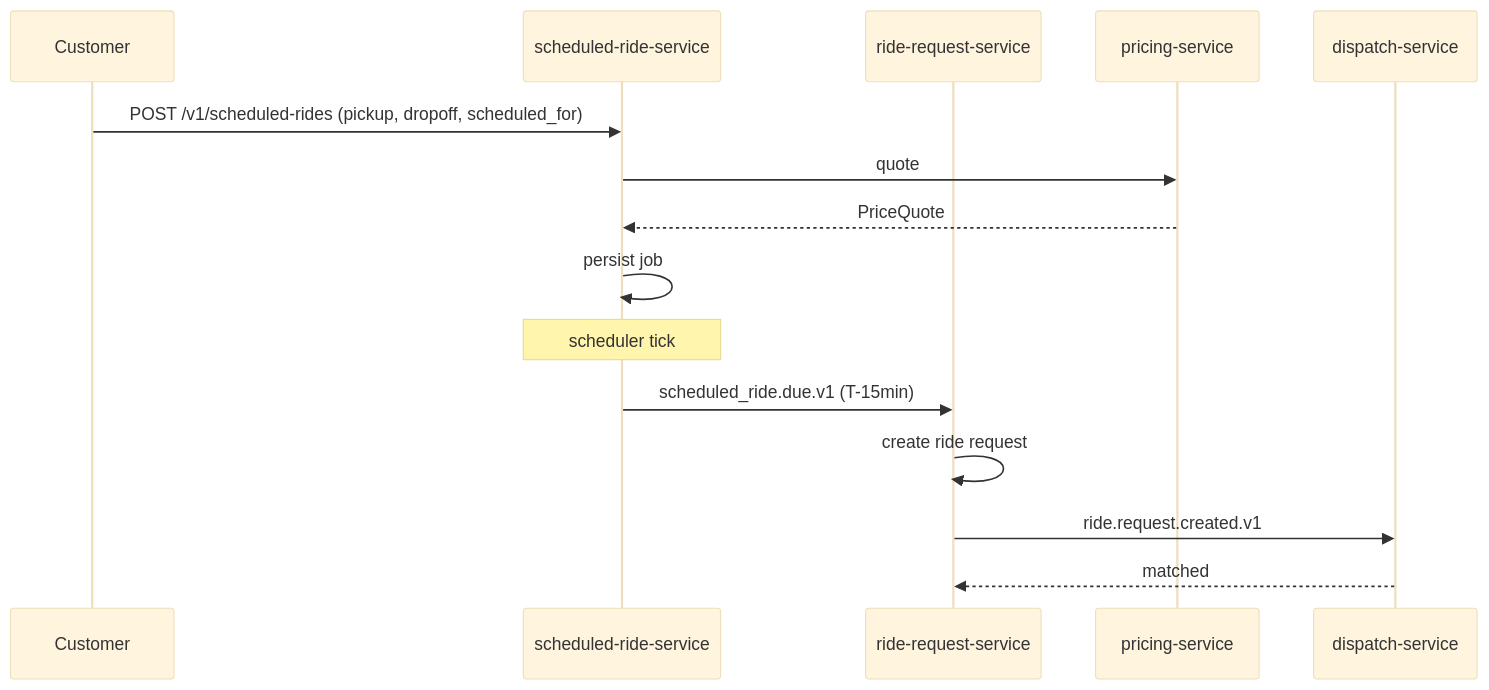
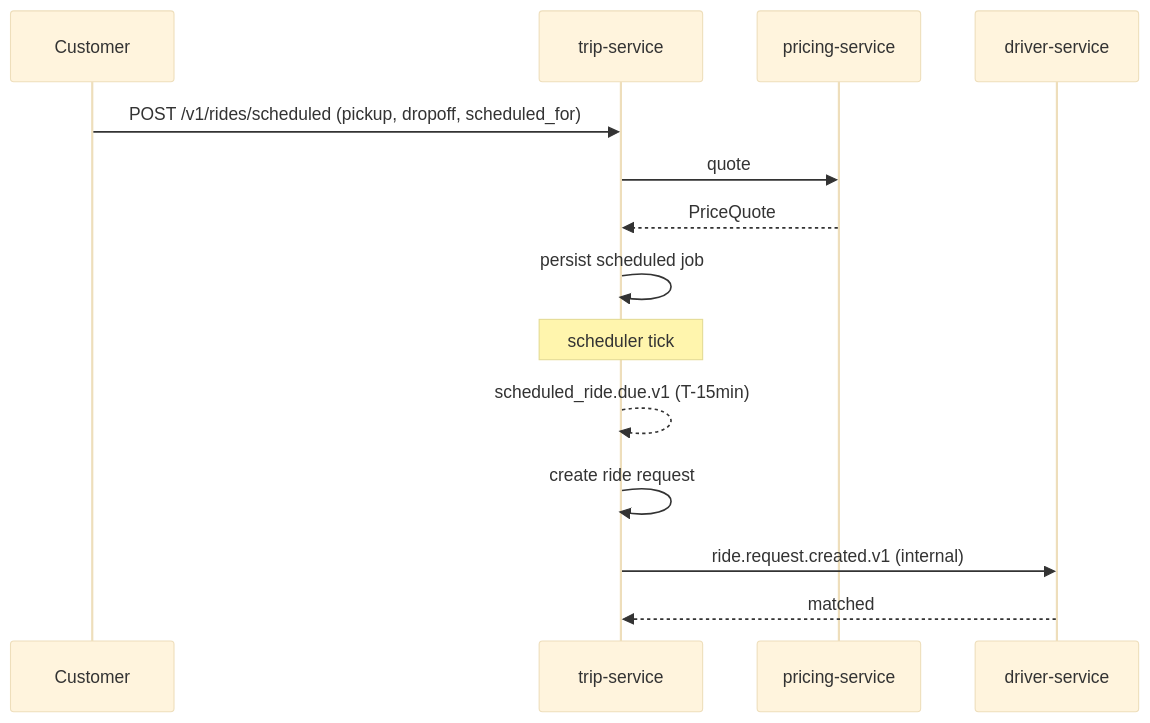
One commit to mohamedhabibwork/trips-enjoy-docs changed diagram 11 of 14 in docs/workflows/RIDE_WORKFLOWS.md. Above: the diagram before and after it, drawn with Mermaid (base theme). The commit also changed other lines of this file and 525 other files, not shown here.

````diff
--- a/docs/workflows/RIDE_WORKFLOWS.md
+++ b/docs/workflows/RIDE_WORKFLOWS.md
@@ -282,18 +274,17 @@
 ```mermaid
 sequenceDiagram
     participant C as Customer
-    participant SR as scheduled-ride-service
-    participant RR as ride-request-service
+    participant TR as trip-service
     participant PRC as pricing-service
-    participant DSP as dispatch-service
+    participant DRV as driver-service
 
-    C->>SR: POST /v1/scheduled-rides (pickup, dropoff, scheduled_for)
-    SR->>PRC: quote
-    PRC-->>SR: PriceQuote
-    SR->>SR: persist job
-    Note over SR: scheduler tick
-    SR->>RR: scheduled_ride.due.v1 (T-15min)
-    RR->>RR: create ride request
-    RR->>DSP: ride.request.created.v1
-    DSP-->>RR: matched
+    C->>TR: POST /v1/rides/scheduled (pickup, dropoff, scheduled_for)
+    TR->>PRC: quote
+    PRC-->>TR: PriceQuote
+    TR->>TR: persist scheduled job
+    Note over TR: scheduler tick
+    TR-->>TR: scheduled_ride.due.v1 (T-15min)
+    TR->>TR: create ride request
+    TR->>DRV: ride.request.created.v1 (internal)
+    DRV-->>TR: matched
 ```
````
